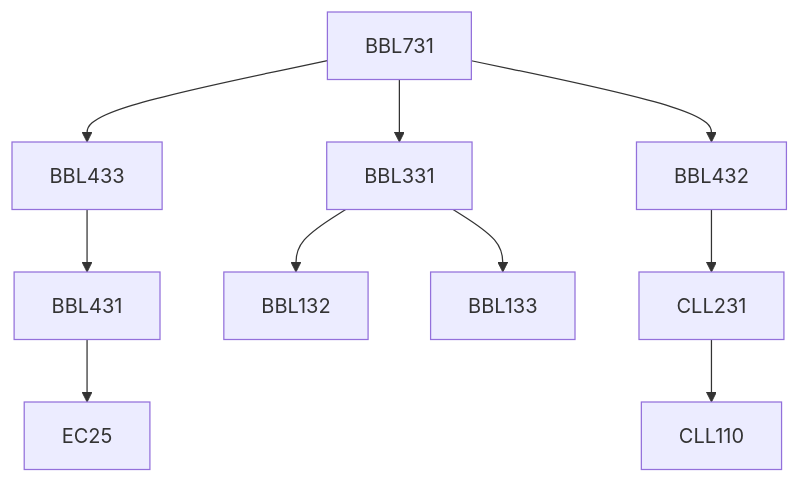
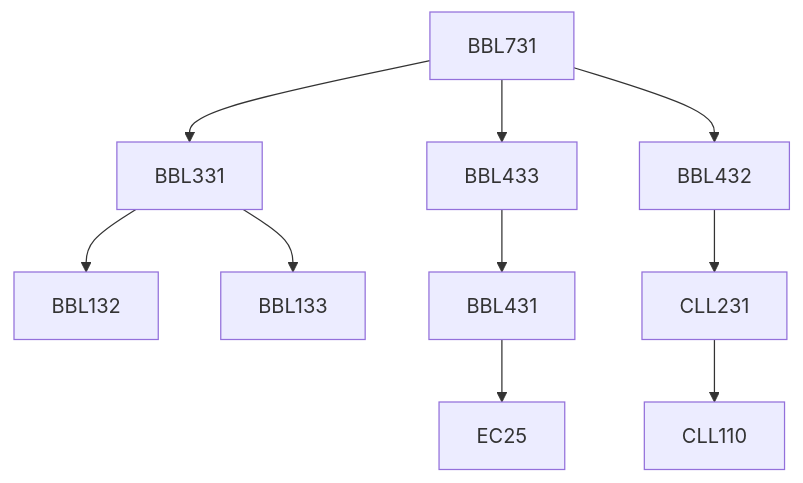
One commit to KeshavBansal0122/CoS_Website changed the diagram in content/Biochemical Engineering and Biotechnology/BBL731.md. Above: the diagram before and after it, drawn with Mermaid. The commit also changed other lines of this file and 2662 other files, not shown here.

````diff
--- a/content/Biochemical Engineering and Biotechnology/BBL731.md
+++ b/content/Biochemical Engineering and Biotechnology/BBL731.md
@@ -15,16 +15,16 @@
 ```mermaid
 flowchart TD
 BBL731-85[BBL731]
 BBL331-85 --> BBL132-85[BBL132]
+BBL731-85 --> BBL331-85[BBL331]
+BBL432-85 --> CLL231-85[CLL231]
 BBL431-85 --> EC25-85[EC25]
 CLL231-85 --> CLL110-85[CLL110]
+BBL731-85 --> BBL433-85[BBL433]
 BBL433-85 --> BBL431-85[BBL431]
-BBL731-85 --> BBL433-85[BBL433]
-BBL731-85 --> BBL331-85[BBL331]
+BBL731-85 --> BBL432-85[BBL432]
 BBL331-85 --> BBL133-85[BBL133]
-BBL432-85 --> CLL231-85[CLL231]
-BBL731-85 --> BBL432-85[BBL432]
 
 classDef empty height:17px, fill:transparent, stroke:transparent;
 classDef trueEmpty height:0px, width:0px;
 ```
````
